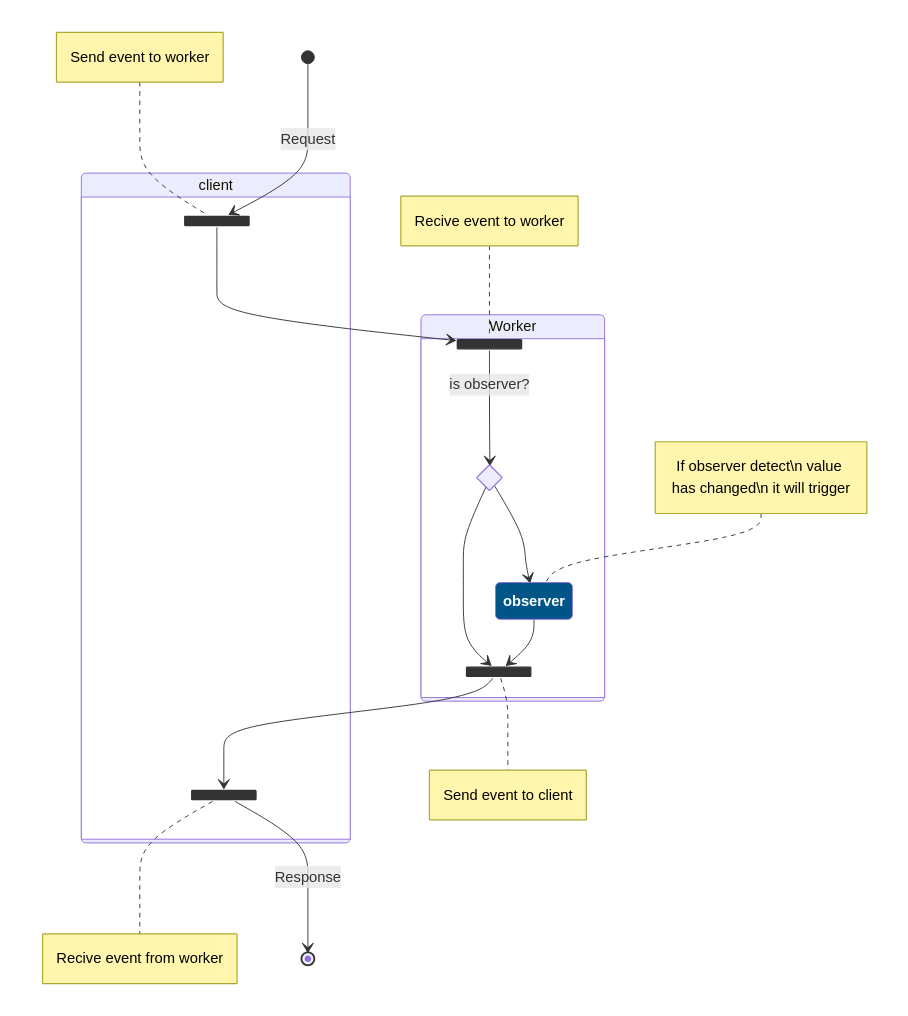
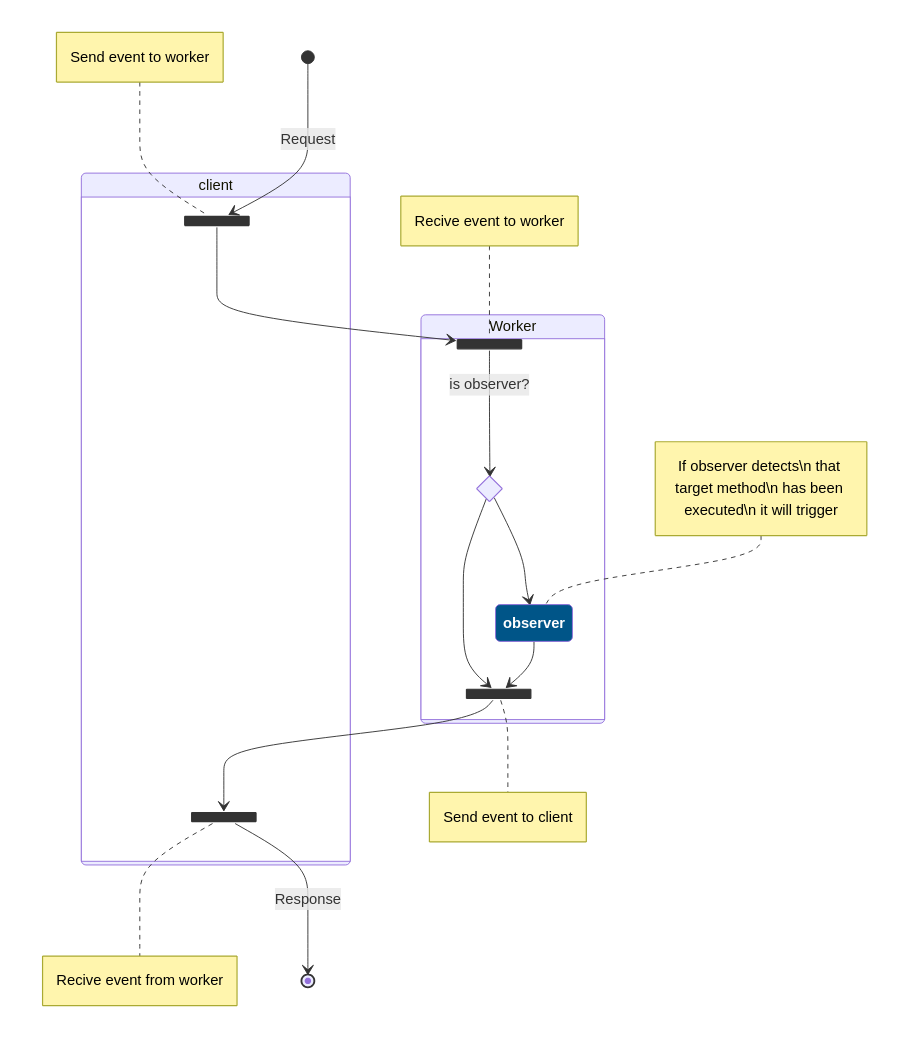
One commit to RubenPX/Tiny-EDA-WebWorker changed the diagram in readme.md. Above: the diagram before and after it, drawn with Mermaid.

Commit message:
Update diagram description

````diff
--- a/readme.md
+++ b/readme.md
@@ -34,44 +34,44 @@
 ```mermaid
 stateDiagram-v2
     state client_start <<fork>>
     note left of client_start : Send event to worker
 
     state worker_start <<join>>
     note left of worker_start : Recive event to worker
 
     state worker_end <<join>>
     note right of worker_end : Send event to client
 
     state client_end <<fork>>
     note right of client_end : Recive event from worker
     
     %% Request flow
 
     [*] --> client_start: Request 
     
     state client {
         client_start --> worker_start
     }
 
     state is_observer <<choice>>
 
     state Worker {
         worker_start --> is_observer: is observer?
         is_observer --> worker_end
 
         is_observer --> observer
         observer --> worker_end
-        note left of observer : If observer detect\n value has changed\n it will trigger
+        note left of observer : If observer detects\n that target method\n has been executed\n it will trigger
 
         worker_end --> client_end
     }
 
     state client {
         client_end
     }
 
     client_end --> [*]: Response
 
 class observer badBadEvent
 classDef badBadEvent fill:#058,color:white,font-weight:bold
 ```
````
